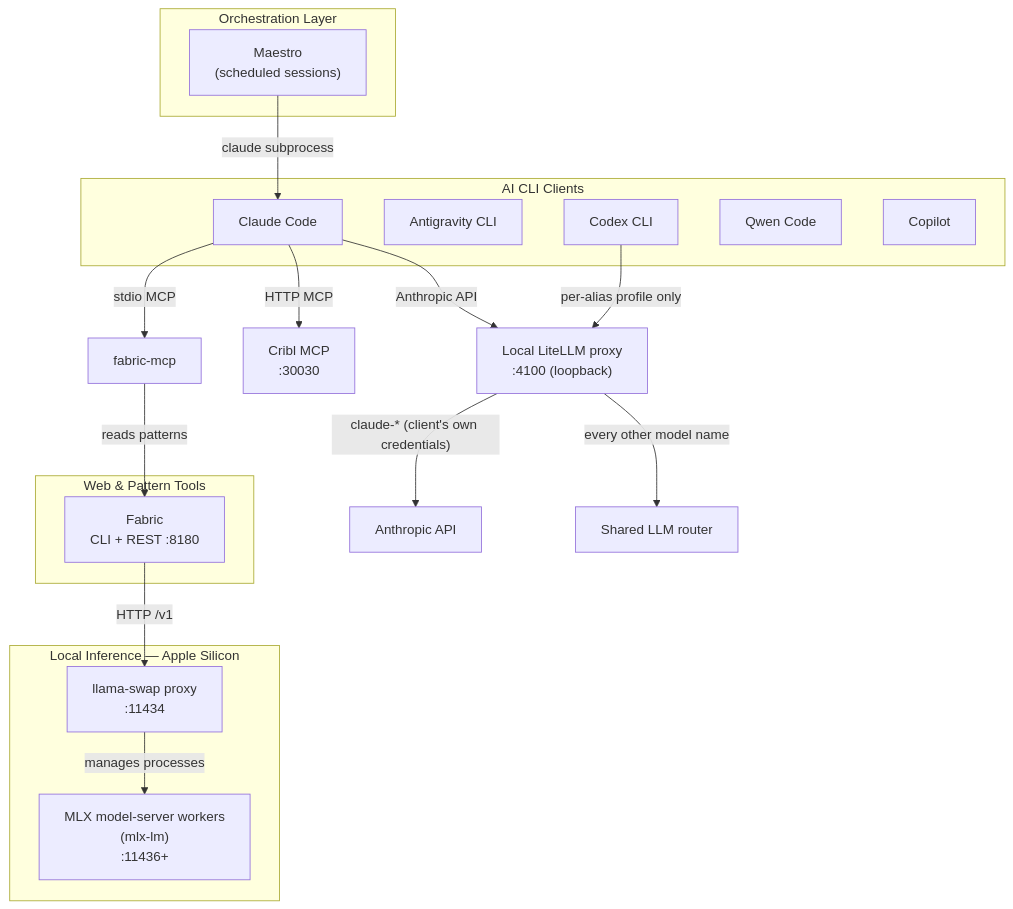
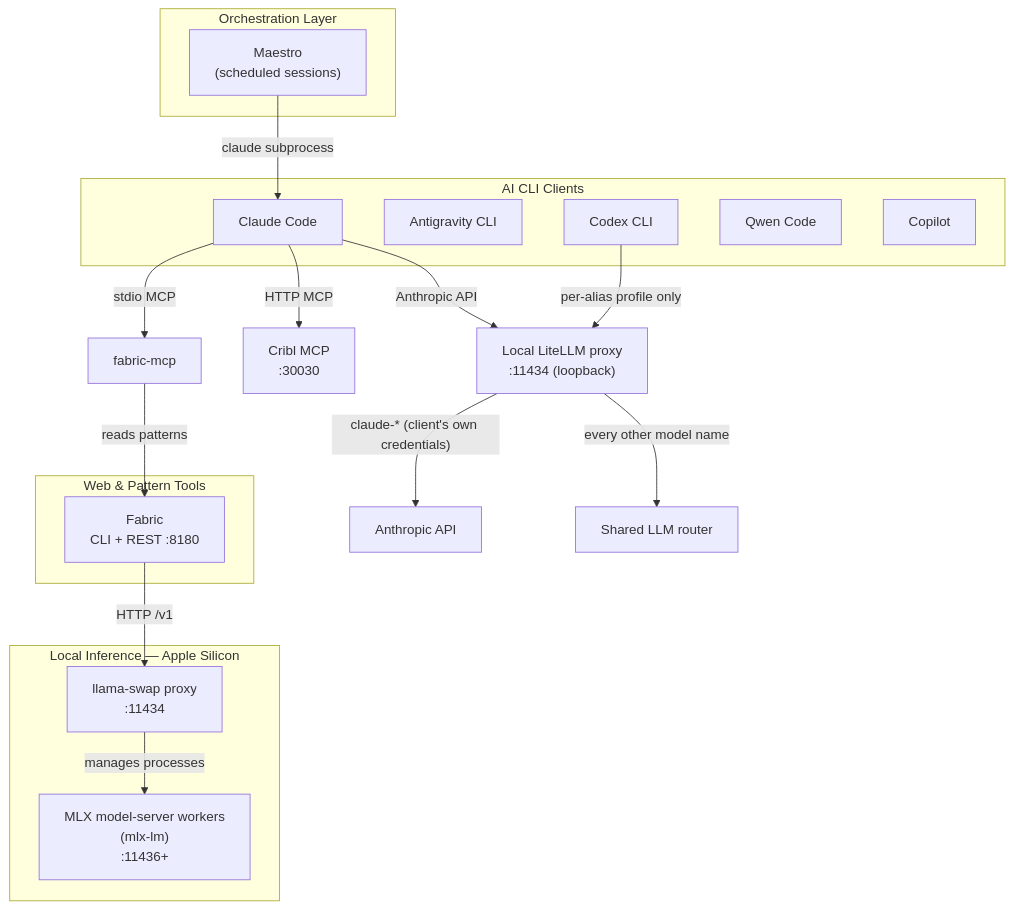
One commit to dryvist/nix-ai changed the first of 4 diagrams in docs/architecture/system-integration-map.md. Above: the diagram before and after it, drawn with Mermaid. The commit also changed other lines of this file and 5 other files, not shown here.

````diff
--- a/docs/architecture/system-integration-map.md
+++ b/docs/architecture/system-integration-map.md
@@ -11,38 +11,38 @@
 ```mermaid
 graph TD
     subgraph Clients["AI CLI Clients"]
         CC["Claude Code"]
         GEM["Antigravity CLI"]
         CDX["Codex CLI"]
         QWEN["Qwen Code"]
         COP["Copilot"]
     end
 
     subgraph Orchestration["Orchestration Layer"]
         MAE["Maestro\n(scheduled sessions)"]
     end
 
     subgraph LocalInference["Local Inference — Apple Silicon"]
         LS["llama-swap proxy\n:11434"]
         WORKERS["MLX model-server workers\n(mlx-lm)\n:11436+"]
     end
 
     subgraph WebTools["Web & Pattern Tools"]
         FAB["Fabric\nCLI + REST :8180"]
     end
 
     CC -->|stdio MCP| FAB_MCP["fabric-mcp"]
     CC -->|HTTP MCP| CRIBL["Cribl MCP\n:30030"]
     MAE -->|claude subprocess| CC
 
-    CC -->|Anthropic API| LL["Local LiteLLM proxy\n:4100 (loopback)"]
+    CC -->|Anthropic API| LL["Local LiteLLM proxy\n:11434 (loopback)"]
     CDX -->|per-alias profile only| LL
     LL -->|"claude-* (client's own credentials)"| ANTH["Anthropic API"]
     LL -->|"every other model name"| ROUTER["Shared LLM router"]
 
     FAB_MCP -->|reads patterns| FAB
 
     FAB -->|HTTP /v1| LS
 
     LS -->|manages processes| WORKERS
 ```
````
